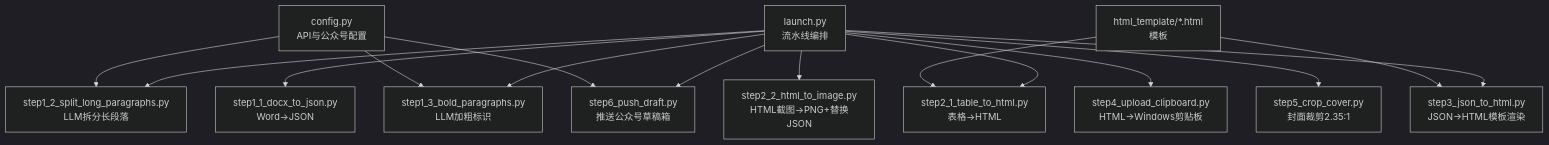
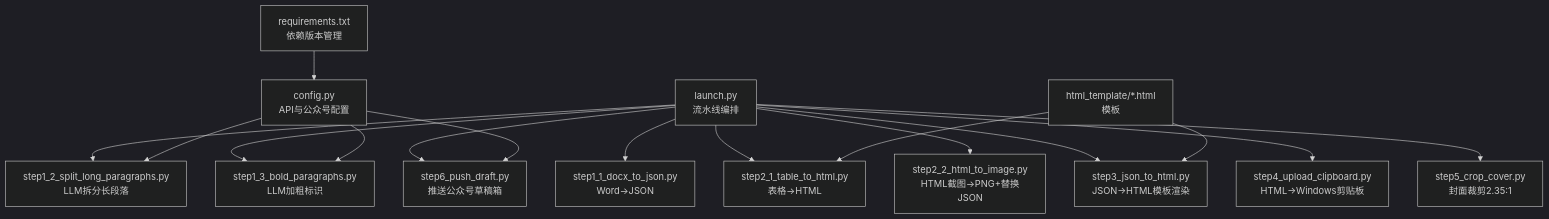
Before and after one commit to lvdonkeylv-design/content_board: the first of 10 diagrams in .qoder/repowiki/zh/content/项目概述/技术栈概览.md, drawn with Mermaid (dark theme). The commit also changed other lines of this file and 8 other files, not shown here.

````diff
--- a/.qoder/repowiki/zh/content/项目概述/技术栈概览.md
+++ b/.qoder/repowiki/zh/content/项目概述/技术栈概览.md
@@ -50,17 +60,18 @@
 ```mermaid
 graph TB
 A["launch.py<br/>流水线编排"] --> B["step1_1_docx_to_json.py<br/>Word→JSON"]
 A --> C["step1_2_split_long_paragraphs.py<br/>LLM拆分长段落"]
 A --> D["step1_3_bold_paragraphs.py<br/>LLM加粗标识"]
 A --> E["step2_1_table_to_html.py<br/>表格→HTML"]
 A --> F["step2_2_html_to_image.py<br/>HTML截图→PNG+替换JSON"]
 A --> G["step3_json_to_html.py<br/>JSON→HTML模板渲染"]
 A --> H["step4_upload_clipboard.py<br/>HTML→Windows剪贴板"]
 A --> I["step5_crop_cover.py<br/>封面裁剪2.35:1"]
 A --> J["step6_push_draft.py<br/>推送公众号草稿箱"]
 K["config.py<br/>API与公众号配置"] --> C
 K --> D
 K --> J
 L["html_template/*.html<br/>模板"] --> E
 L --> G
+M["requirements.txt<br/>依赖版本管理"] --> K
 ```
````
